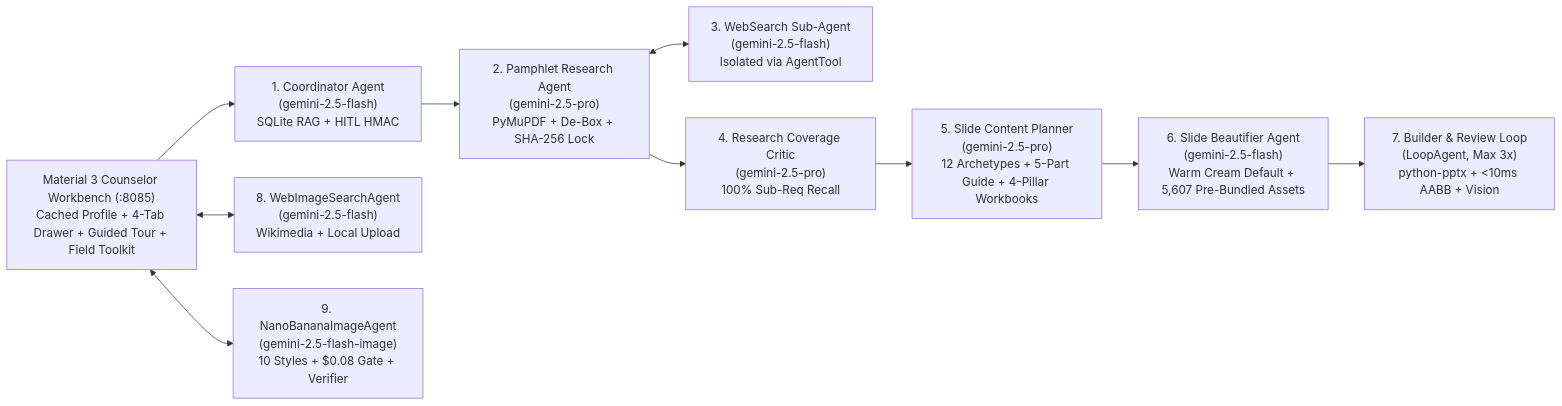
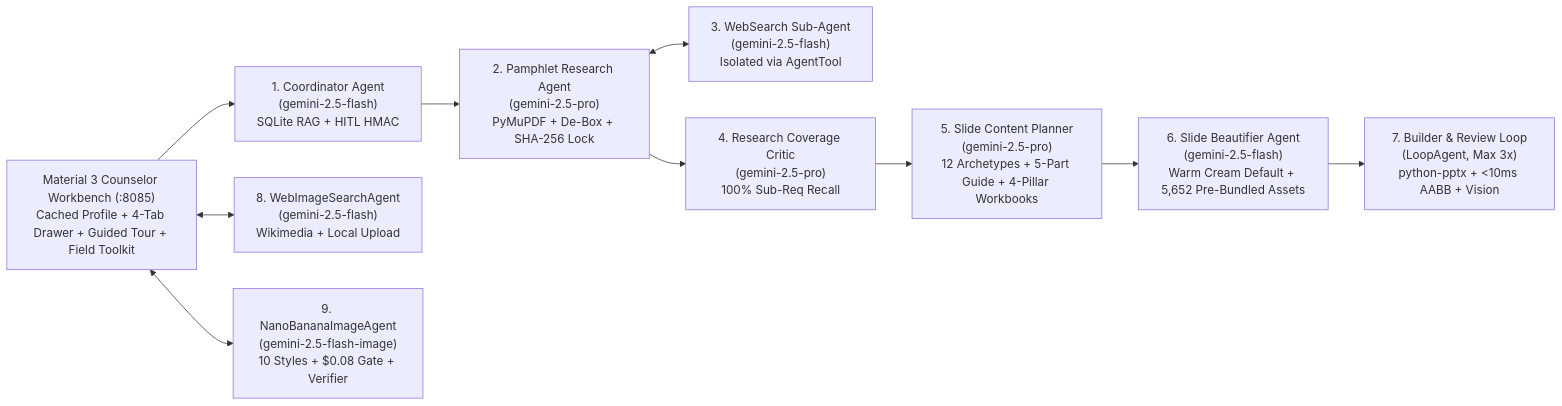
Before and after one commit to clayberg/scouts-bsa-merit-badge-agent: the first of 2 diagrams in docs/TDD.md, drawn with Mermaid. The commit also changed other lines of this file and 877 other files, not shown here.

````diff
--- a/docs/TDD.md
+++ b/docs/TDD.md
@@ -90,12 +90,12 @@
 ```mermaid
 flowchart LR
     UI["Material 3 Counselor Workbench (:8085)\nCached Profile + 4-Tab Drawer + Guided Tour + Field Toolkit"] --> COORD["1. Coordinator Agent\n(gemini-2.5-flash)\nSQLite RAG + HITL HMAC"]
     COORD --> RES["2. Pamphlet Research Agent\n(gemini-2.5-pro)\nPyMuPDF + De-Box + SHA-256 Lock"]
     RES <--> SEARCH["3. WebSearch Sub-Agent\n(gemini-2.5-flash)\nIsolated via AgentTool"]
     RES --> RCRIT["4. Research Coverage Critic\n(gemini-2.5-pro)\n100% Sub-Req Recall"]
     RCRIT --> PLAN["5. Slide Content Planner\n(gemini-2.5-pro)\n12 Archetypes + 5-Part Guide + 4-Pillar Workbooks"]
-    PLAN --> BEAUT["6. Slide Beautifier Agent\n(gemini-2.5-flash)\nWarm Cream Default + 5,607 Pre-Bundled Assets"]
+    PLAN --> BEAUT["6. Slide Beautifier Agent\n(gemini-2.5-flash)\nWarm Cream Default + 5,652 Pre-Bundled Assets"]
     BEAUT --> LOOP["7. Builder & Review Loop\n(LoopAgent, Max 3x)\npython-pptx + <10ms AABB + Vision"]
     UI <--> IMG_WEB["8. WebImageSearchAgent\n(gemini-2.5-flash)\nWikimedia + Local Upload"]
     UI <--> IMG_AI["9. NanoBananaImageAgent\n(gemini-2.5-flash-image)\n10 Styles + $0.08 Gate + Verifier"]
 ```
````
